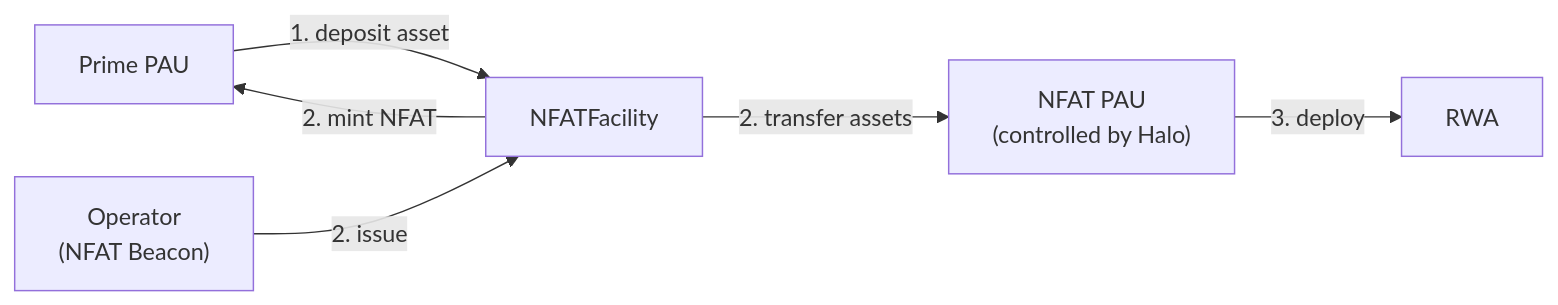
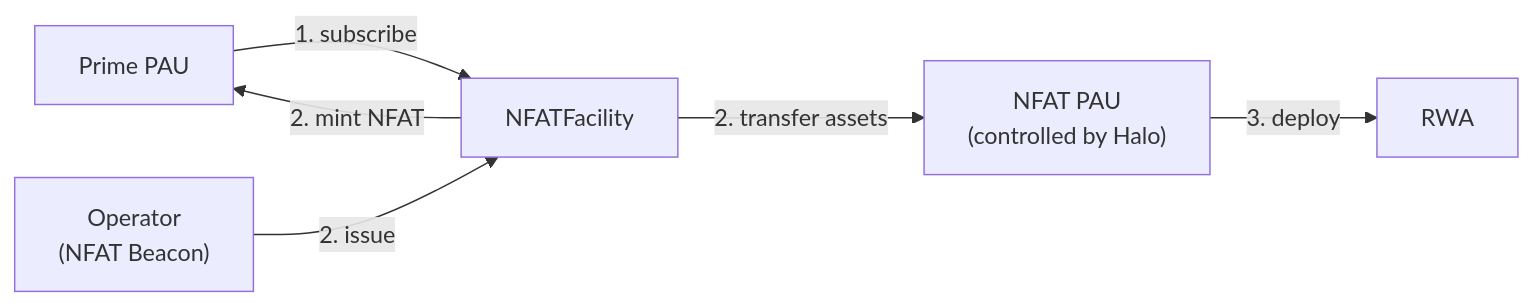
Before and after one commit to archon-research/nfat: the first of 3 diagrams in README.md, drawn with Mermaid. The commit also changed other lines of this file and 6 other files, not shown here.

````diff
--- a/README.md
+++ b/README.md
@@ -18,10 +18,10 @@
 ```mermaid
 flowchart LR
-    Prime[Prime PAU] -->|1. deposit asset| Facility[NFATFacility]
+    Prime[Prime PAU] -->|1. subscribe| Facility[NFATFacility]
     Beacon["Operator
     (NFAT Beacon)"] -->|2. issue| Facility
     Facility -->|2. mint NFAT| Prime
     Facility -->|2. transfer assets| NFATPAU["NFAT PAU
     (controlled by Halo)"]
     NFATPAU -->|3. deploy| RWA[RWA]
 ```
````
